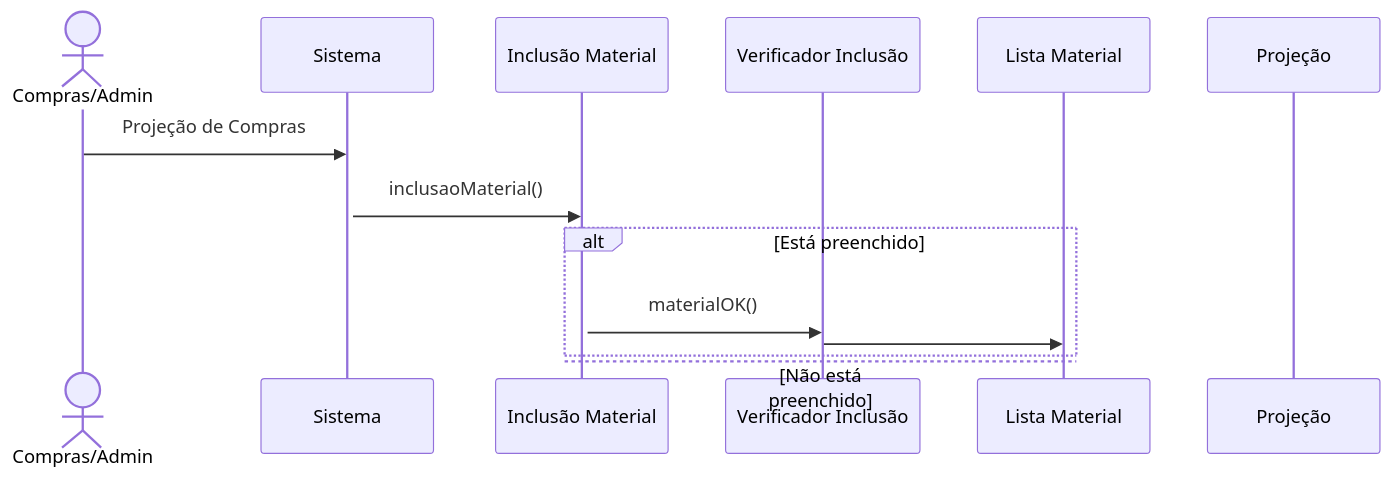
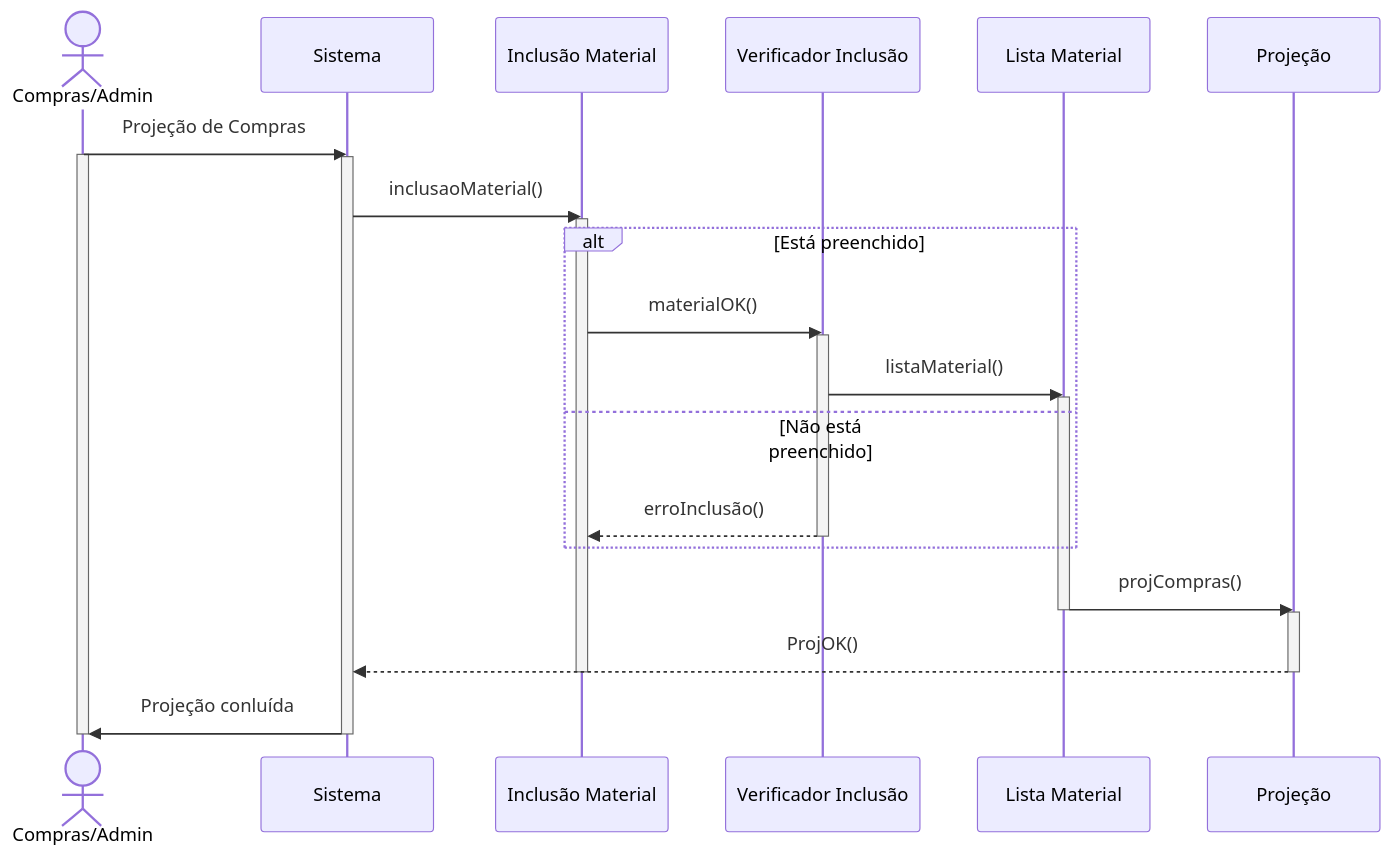
The diagram in DiagramaSequencia/Item/ProjCompras.md (branqsMRP/SequenceDiagram), drawn with Mermaid before and after one commit.

Commit message:
commit 1.6

`````diff
--- a/DiagramaSequencia/Item/ProjCompras.md
+++ b/DiagramaSequencia/Item/ProjCompras.md
@@ -1,24 +1,41 @@
 ````mermaid
 sequenceDiagram
 
 % diagrama da tela de Projeção de Compras
 
     actor CA as Compras/Admin
     participant S as Sistema
     participant IM as Inclusão Material
     participant VI as Verificador Inclusão
     participant LM as Lista Material 
     participant P as Projeção
 
+    
     CA->>S: Projeção de Compras
+    activate CA
     activate S
     S->>IM: inclusaoMaterial()
     % alterar depois para ter a classe correta
     activate IM
     
     alt Está preenchido
     IM->>VI: materialOK()
-    VI->>LM: 
+    activate VI
+    VI->>LM: listaMaterial()
+    activate LM
     else Não está preenchido
+    VI-->>IM: erroInclusão()
+    deactivate VI
     end
+
+    LM->>P: projCompras()
+    deactivate LM
+    activate P
+    P-->>S: ProjOK()
+    deactivate P
+    deactivate IM
+
+    S->>CA: Projeção conluída
+    deactivate S
+    deactivate CA
 ````
`````
